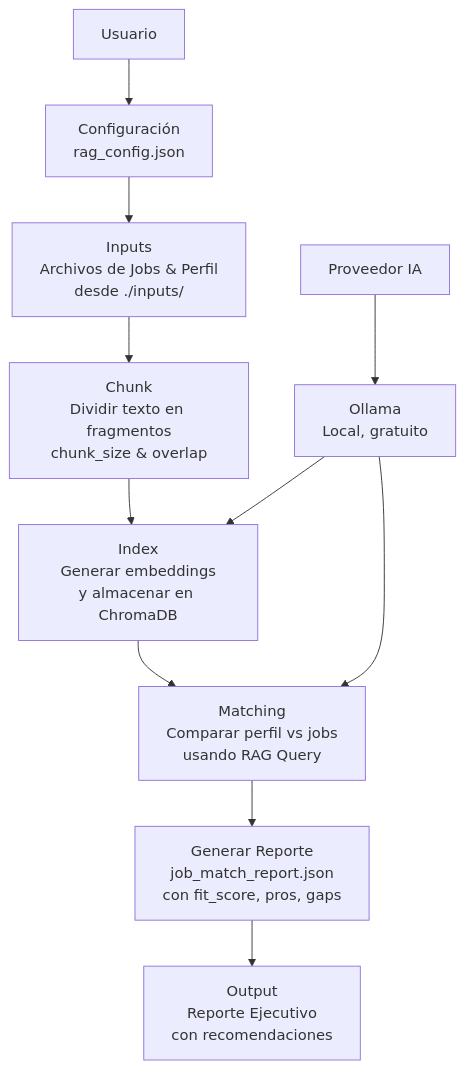
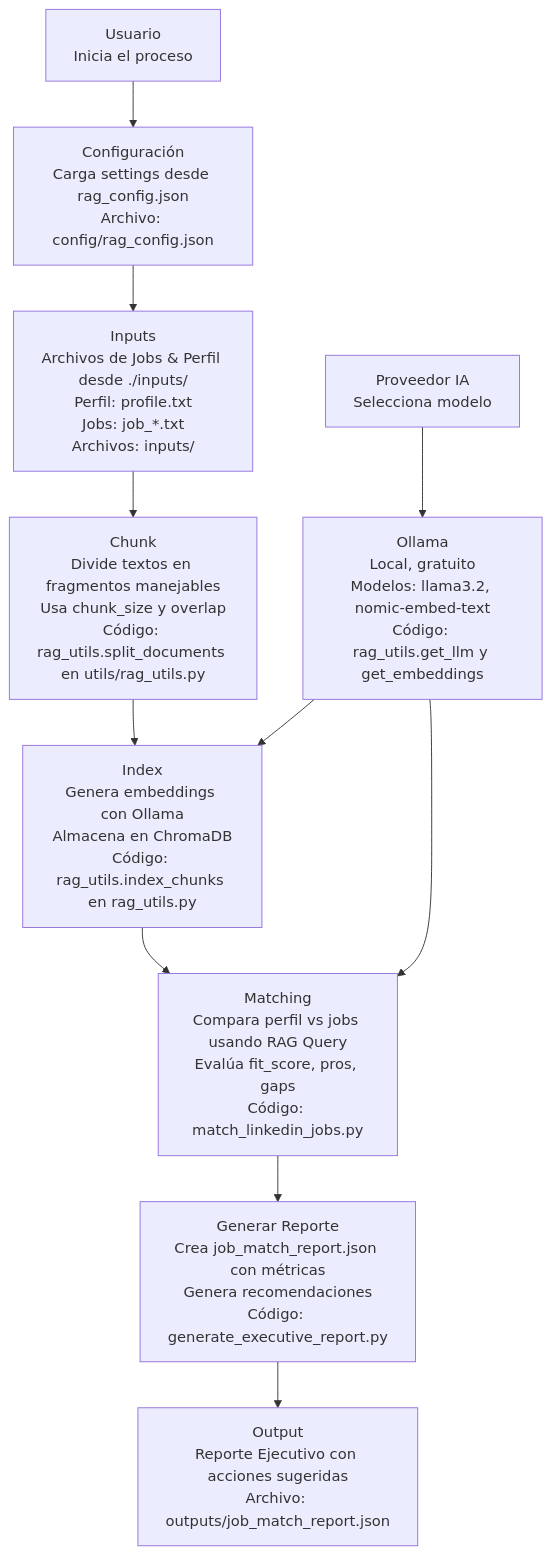
Before and after one commit to CristopherAn/por_ia: the diagram in README.md, drawn with Mermaid.

Commit message:
Expand diagram blocks with descriptions and code file names

````diff
--- a/README.md
+++ b/README.md
@@ -11,18 +11,18 @@
 ```mermaid
 flowchart TD
-    A[Usuario] --> B[Configuración<br/>rag_config.json]
-    B --> C[Inputs<br/>Archivos de Jobs & Perfil<br/>desde ./inputs/]
+    A[Usuario<br/>Inicia el proceso] --> B[Configuración<br/>Carga settings desde rag_config.json<br/>Archivo: config/rag_config.json]
+    B --> C[Inputs<br/>Archivos de Jobs & Perfil desde ./inputs/<br/>Perfil: profile.txt<br/>Jobs: job_*.txt<br/>Archivos: inputs/]
     
-    C --> D[Chunk<br/>Dividir texto en fragmentos<br/>chunk_size & overlap]
-    D --> E[Index<br/>Generar embeddings<br/>y almacenar en ChromaDB]
+    C --> D[Chunk<br/>Divide textos en fragmentos manejables<br/>Usa chunk_size y overlap<br/>Código: rag_utils.split_documents en utils/rag_utils.py]
+    D --> E[Index<br/>Genera embeddings con Ollama<br/>Almacena en ChromaDB<br/>Código: rag_utils.index_chunks en rag_utils.py]
     
-    E --> F[Matching<br/>Comparar perfil vs jobs<br/>usando RAG Query]
-    F --> G[Generar Reporte<br/>job_match_report.json<br/>con fit_score, pros, gaps]
+    E --> F[Matching<br/>Compara perfil vs jobs usando RAG Query<br/>Evalúa fit_score, pros, gaps<br/>Código: match_linkedin_jobs.py]
+    F --> G[Generar Reporte<br/>Crea job_match_report.json con métricas<br/>Genera recomendaciones<br/>Código: generate_executive_report.py]
     
-    H[Proveedor IA] --> I[Ollama<br/>Local, gratuito]
+    H[Proveedor IA<br/>Selecciona modelo] --> I[Ollama<br/>Local, gratuito<br/>Modelos: llama3.2, nomic-embed-text<br/>Código: rag_utils.get_llm y get_embeddings]
     
     I --> E
     I --> F
     
-    G --> J[Output<br/>Reporte Ejecutivo<br/>con recomendaciones]
+    G --> J[Output<br/>Reporte Ejecutivo con acciones sugeridas<br/>Archivo: outputs/job_match_report.json]
 ```
````
